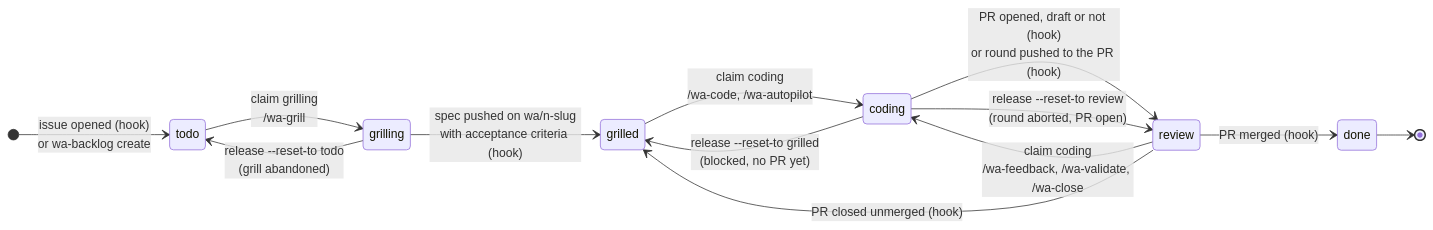
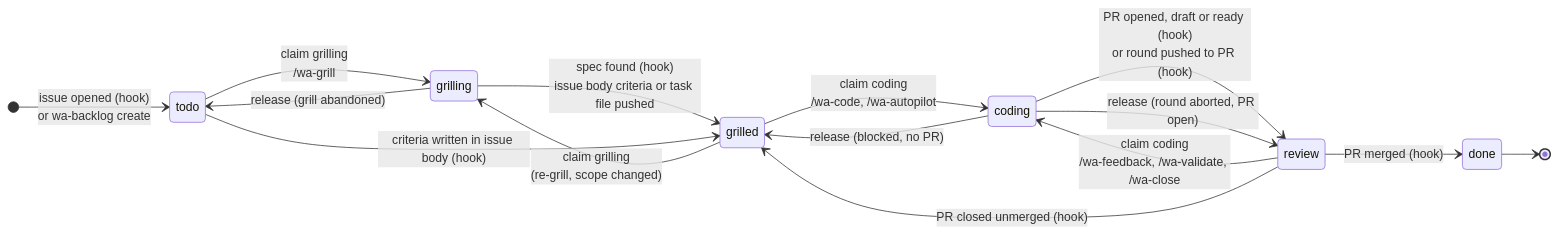
The second of 7 diagrams in WORKFLOW.md (rlatapy-luna/whackagent), drawn with Mermaid before and after one commit. The commit also changed other lines of this file and 30 other files, not shown here.

````diff
--- a/WORKFLOW.md
+++ b/WORKFLOW.md
@@ -14,21 +29,23 @@
 ```mermaid
 stateDiagram-v2
     direction LR
 
     [*] --> todo: issue opened (hook)<br/>or wa-backlog create
 
     todo --> grilling: claim grilling<br/>/wa-grill
-    grilling --> grilled: spec pushed on wa/n-slug<br/>with acceptance criteria (hook)
-    grilling --> todo: release --reset-to todo<br/>(grill abandoned)
+    grilled --> grilling: claim grilling<br/>(re-grill, scope changed)
+    grilling --> grilled: spec found (hook)<br/>issue body criteria or task file pushed
+    todo --> grilled: criteria written in issue body (hook)
+    grilling --> todo: release (grill abandoned)
 
     grilled --> coding: claim coding<br/>/wa-code, /wa-autopilot
-    coding --> review: PR opened, draft or not (hook)<br/>or round pushed to the PR (hook)
-    coding --> grilled: release --reset-to grilled<br/>(blocked, no PR yet)
-    coding --> review: release --reset-to review<br/>(round aborted, PR open)
+    coding --> review: PR opened, draft or ready (hook)<br/>or round pushed to PR (hook)
+    coding --> grilled: release (blocked, no PR)
+    coding --> review: release (round aborted, PR open)
 
     review --> coding: claim coding<br/>/wa-feedback, /wa-validate, /wa-close
     review --> done: PR merged (hook)
     review --> grilled: PR closed unmerged (hook)
 
     done --> [*]
 ```
````
